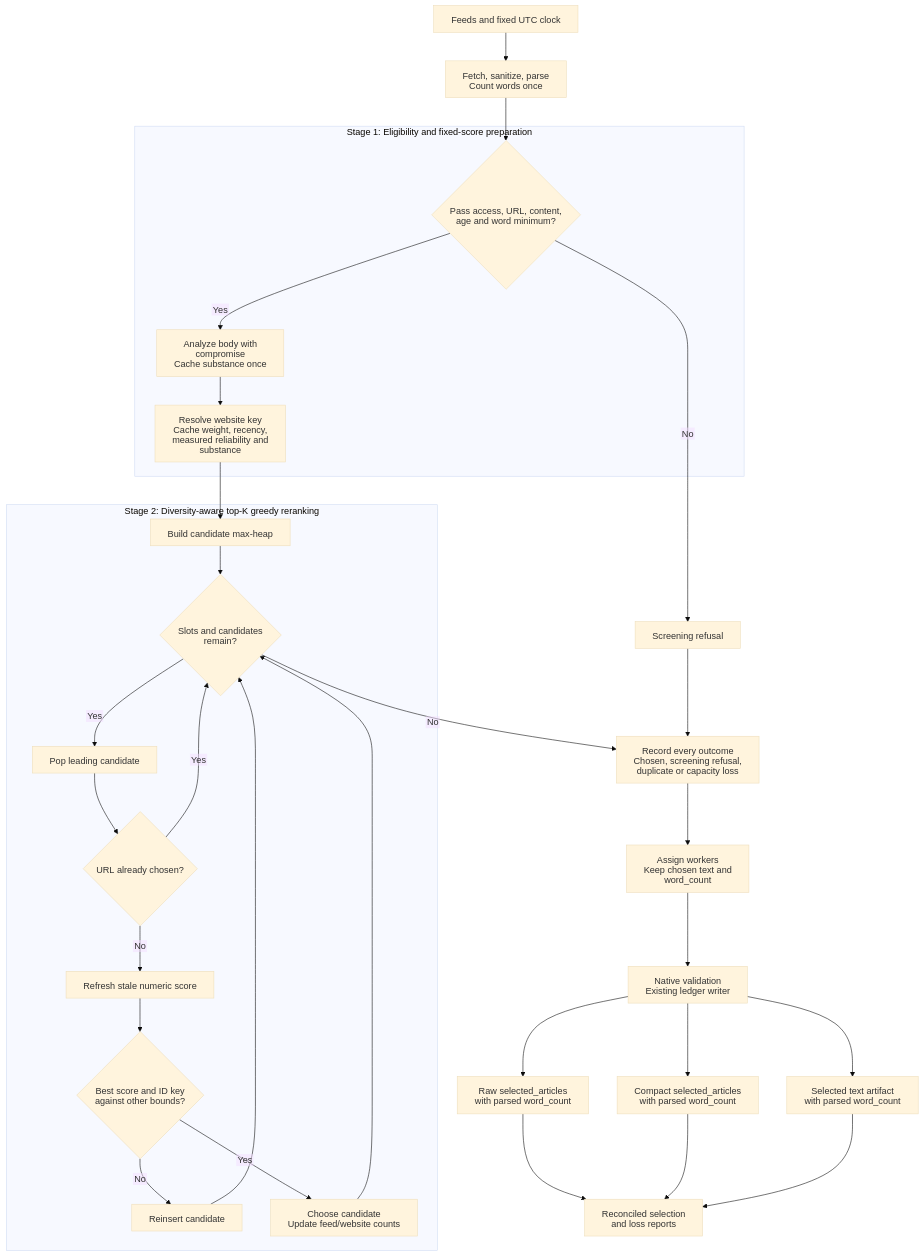
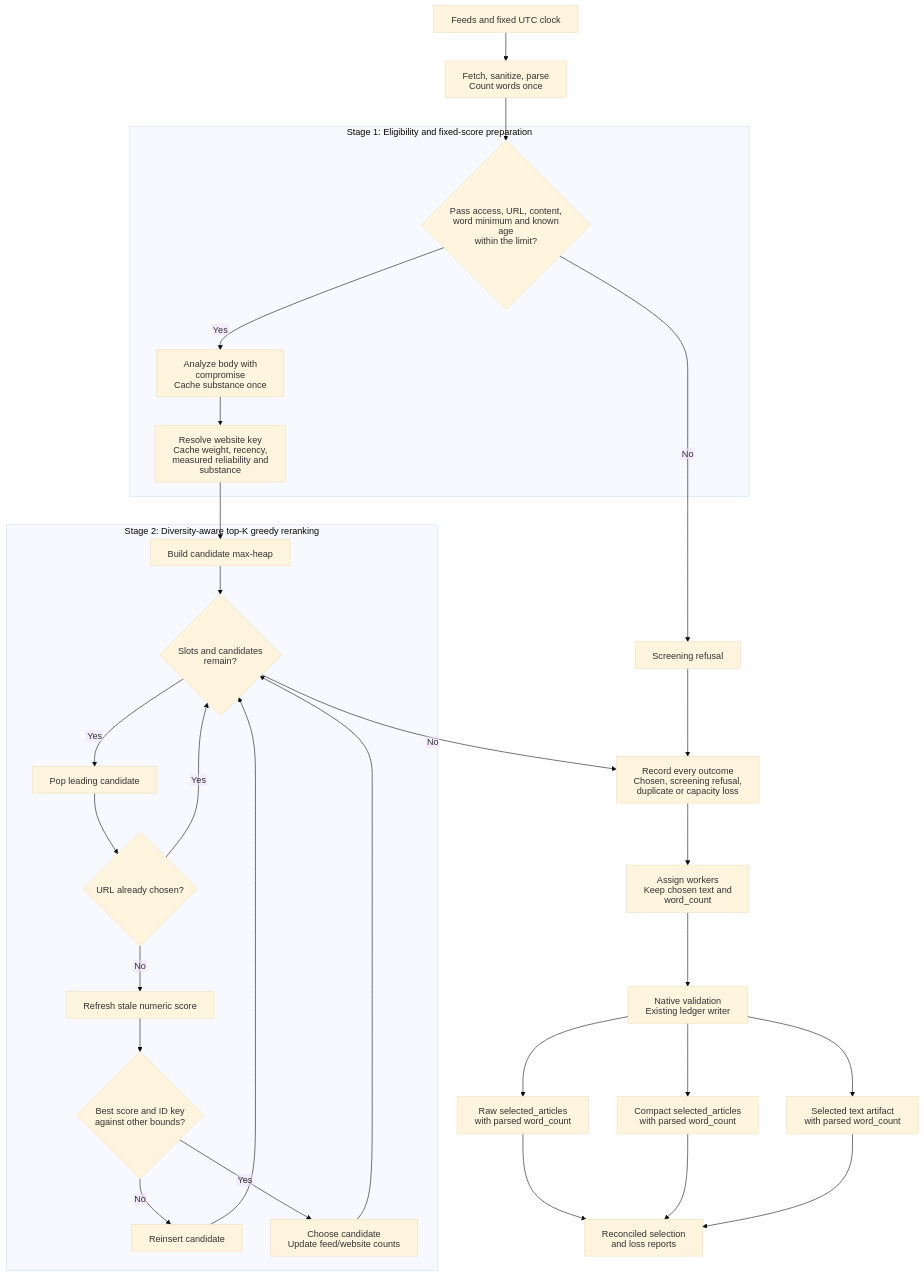
Before and after one commit to miztiik/yen-idhazh: the diagram in TODO/20261101-diversity-aware-top-k-selection-plan.md, drawn with Mermaid (base theme). The commit also changed other lines of this file, not shown here.

Commit message:
Fix headline and age rules in selection plan

````diff
--- a/TODO/20261101-diversity-aware-top-k-selection-plan.md
+++ b/TODO/20261101-diversity-aware-top-k-selection-plan.md
@@ -40,44 +40,44 @@
 ```mermaid
 %%{init: {"htmlLabels": false, "flowchart": {"htmlLabels": false}}}%%
 flowchart TD
     inputs["Feeds and fixed UTC clock"]
     parse["Fetch, sanitize, parse<br/>Count words once"]
     inputs --> parse
 
     subgraph stage_one["Stage 1: Eligibility and fixed-score preparation"]
-        gates{"Pass access, URL, content,<br/>age and word minimum?"}
+        gates{"Pass access, URL, content,<br/>word minimum and known age<br/>within the limit?"}
         substance["Analyze body with compromise<br/>Cache substance once"]
         base["Resolve website key<br/>Cache weight, recency,<br/>measured reliability and substance"]
         gates -->|Yes| substance --> base
     end
     parse --> gates
     gates -->|No| refusal["Screening refusal"]
 
     subgraph stage_two["Stage 2: Diversity-aware top-K greedy reranking"]
         heap["Build candidate max-heap"]
         remaining{"Slots and candidates<br/>remain?"}
         pop["Pop leading candidate"]
         duplicate{"URL already chosen?"}
         refresh["Refresh stale numeric score"]
         winner{"Best score and ID key<br/>against other bounds?"}
         reinsert["Reinsert candidate"]
         choose["Choose candidate<br/>Update feed/website counts"]
         heap --> remaining
         remaining -->|Yes| pop --> duplicate
         duplicate -->|Yes| remaining
         duplicate -->|No| refresh --> winner
         winner -->|No| reinsert --> remaining
         winner -->|Yes| choose --> remaining
     end
     base --> heap
     remaining -->|No| accounting["Record every outcome<br/>Chosen, screening refusal,<br/>duplicate or capacity loss"]
     refusal --> accounting
     accounting --> partition["Assign workers<br/>Keep chosen text and word_count"]
     partition --> persist["Native validation<br/>Existing ledger writer"]
     persist --> raw["Raw selected_articles<br/>with parsed word_count"]
     persist --> compact["Compact selected_articles<br/>with parsed word_count"]
     persist --> artifact["Selected text artifact<br/>with parsed word_count"]
     raw --> report["Reconciled selection<br/>and loss reports"]
     compact --> report
     artifact --> report
 ```
````
